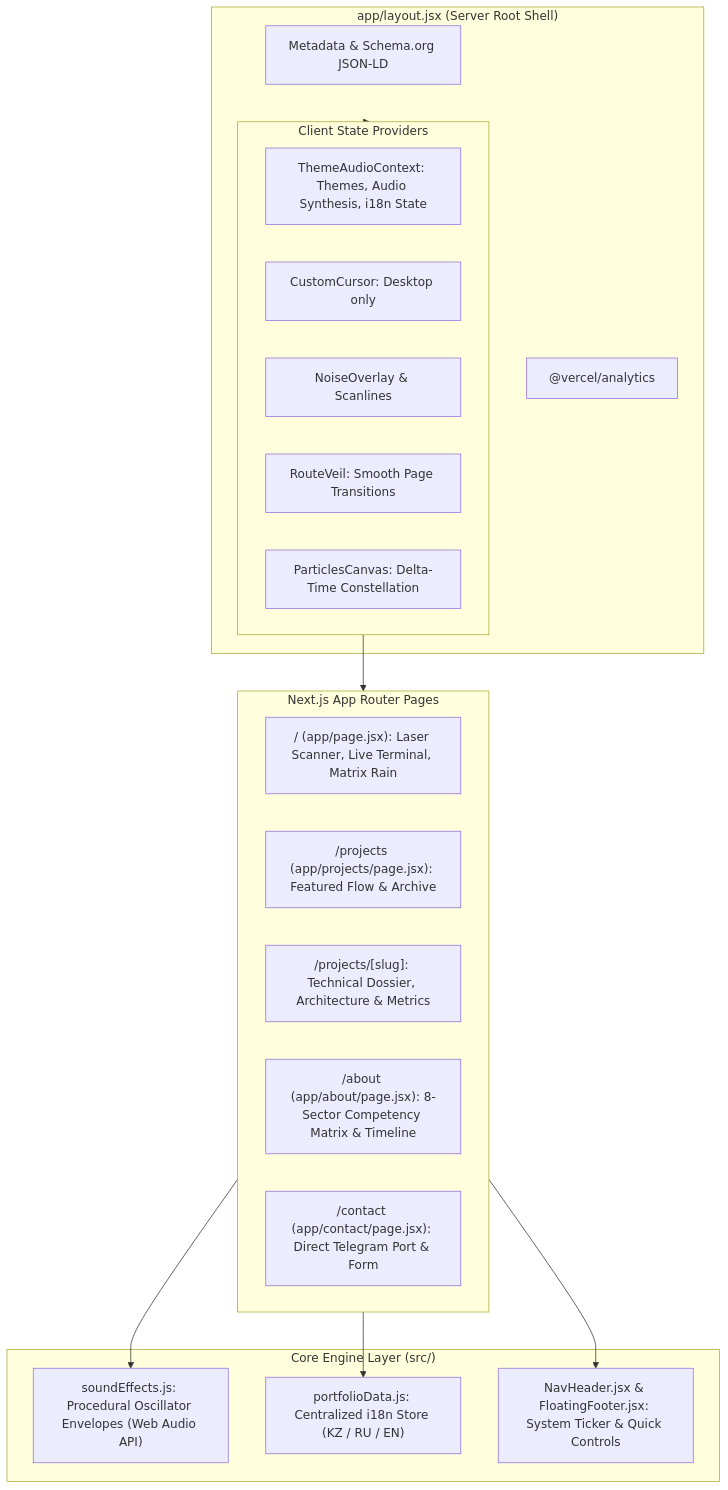
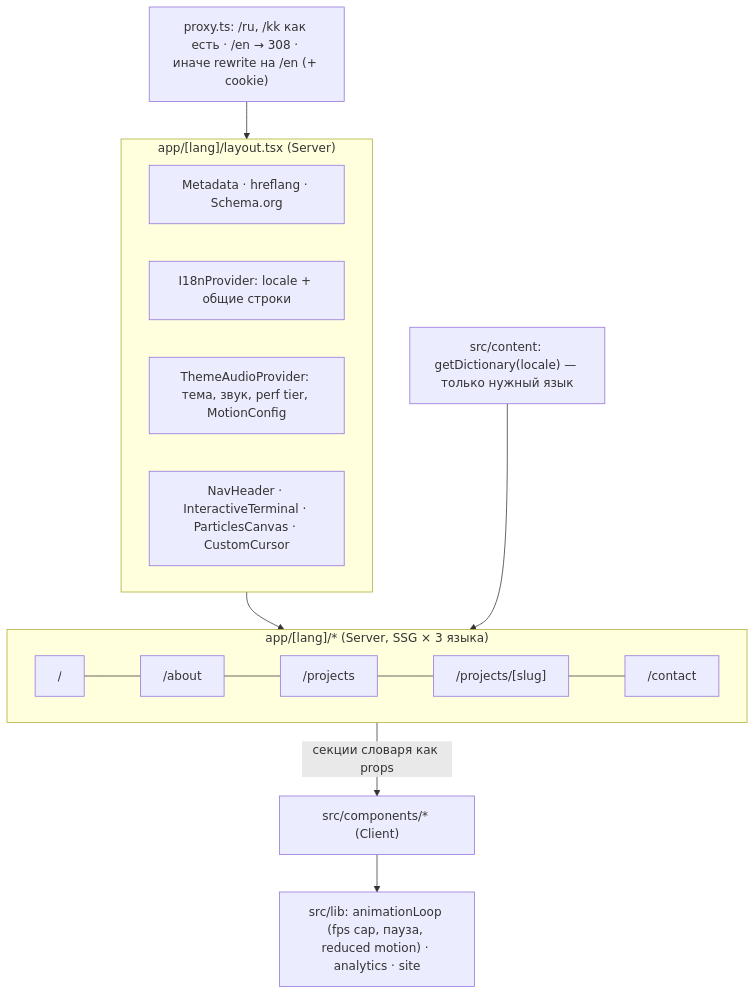
The diagram in README.md (Daelijek/daelijekPortfolio), drawn with Mermaid before and after one commit. The commit also changed other lines of this file and 6 other files, not shown here.

````diff
--- a/README.md
+++ b/README.md
@@ -104,35 +110,20 @@
 ```mermaid
 flowchart TD
-  subgraph Root ["app/layout.jsx (Server Root Shell)"]
-    SEO[Metadata & Schema.org JSON-LD]
-    Analytics["@vercel/analytics"]
-    
-    subgraph ClientProviders ["Client State Providers"]
-      ThemeAudioContext[ThemeAudioContext: Themes, Audio Synthesis, i18n State]
-      Cursor[CustomCursor: Desktop only]
-      Noise[NoiseOverlay & Scanlines]
-      Veil[RouteVeil: Smooth Page Transitions]
-      Particles[ParticlesCanvas: Delta-Time Constellation]
-    end
+  Proxy["proxy.ts: /ru, /kk как есть · /en → 308 · иначе rewrite на /en (+ cookie)"]
+  subgraph Layout ["app/[lang]/layout.tsx (Server)"]
+    Meta[Metadata · hreflang · Schema.org]
+    I18n["I18nProvider: locale + общие строки"]
+    Theme["ThemeAudioProvider: тема, звук, perf tier, MotionConfig"]
+    Chrome["NavHeader · InteractiveTerminal · ParticlesCanvas · CustomCursor"]
   end
+  subgraph Pages ["app/[lang]/* (Server, SSG × 3 языка)"]
+    Home["/"] --- About["/about"] --- Projects["/projects"] --- Case["/projects/[slug]"] --- Contact["/contact"]
+  end
+  Content["src/content: getDictionary(locale) — только нужный язык"]
+  Engine["src/lib: animationLoop (fps cap, пауза, reduced motion) · analytics · site"]
 
-  subgraph AppRouter ["Next.js App Router Pages"]
-    Home["/ (app/page.jsx): Laser Scanner, Live Terminal, Matrix Rain"]
-    Projects["/projects (app/projects/page.jsx): Featured Flow & Archive"]
-    ProjectDetail["/projects/[slug]: Technical Dossier, Architecture & Metrics"]
-    About["/about (app/about/page.jsx): 8-Sector Competency Matrix & Timeline"]
-    Contact["/contact (app/contact/page.jsx): Direct Telegram Port & Form"]
-  end
-
-  subgraph Engine ["Core Engine Layer (src/)"]
-    AudioEngine["soundEffects.js: Procedural Oscillator Envelopes (Web Audio API)"]
-    DataLayer["portfolioData.js: Centralized i18n Store (KZ / RU / EN)"]
-    HUDNav["NavHeader.jsx & FloatingFooter.jsx: System Ticker & Quick Controls"]
-  end
-
-  Root --> ClientProviders
-  ClientProviders --> AppRouter
-  AppRouter --> DataLayer
-  AppRouter --> AudioEngine
-  AppRouter --> HUDNav
+  Proxy --> Layout --> Pages
+  Pages -- "секции словаря как props" --> Client["src/components/* (Client)"]
+  Content --> Pages
+  Client --> Engine
 ```
````
